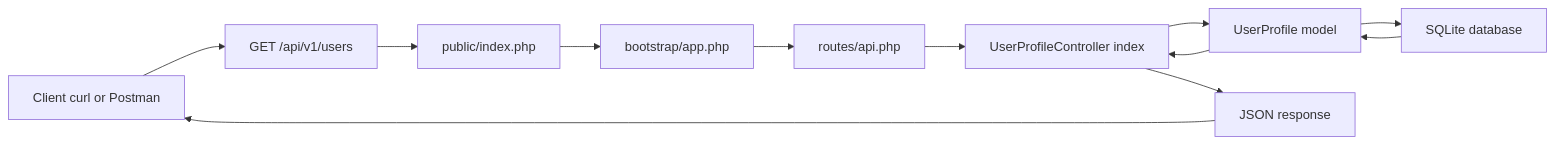
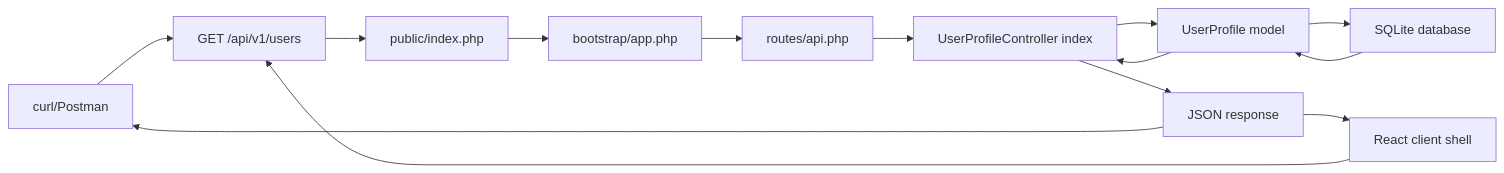
One commit to habibtalib/laravel-api-tutorial changed the diagram in training/day-1-laravel-api-foundations.md. Above: the diagram before and after it, drawn with Mermaid. The commit also changed other lines of this file, not shown here.

````diff
--- a/training/day-1-laravel-api-foundations.md
+++ b/training/day-1-laravel-api-foundations.md
@@ -42,14 +45,16 @@
 ```mermaid
 flowchart LR
-    Client["Client curl or Postman"] --> Request["GET /api/v1/users"]
+    Client["curl/Postman"] --> Request["GET /api/v1/users"]
+    React["React client shell"] --> Request
     Request --> Entry["public/index.php"]
     Entry --> Bootstrap["bootstrap/app.php"]
     Bootstrap --> Routes["routes/api.php"]
     Routes --> Controller["UserProfileController index"]
     Controller --> Model["UserProfile model"]
     Model --> Database["SQLite database"]
     Database --> Model
     Model --> Controller
     Controller --> Response["JSON response"]
     Response --> Client
+    Response --> React
 ```
````
